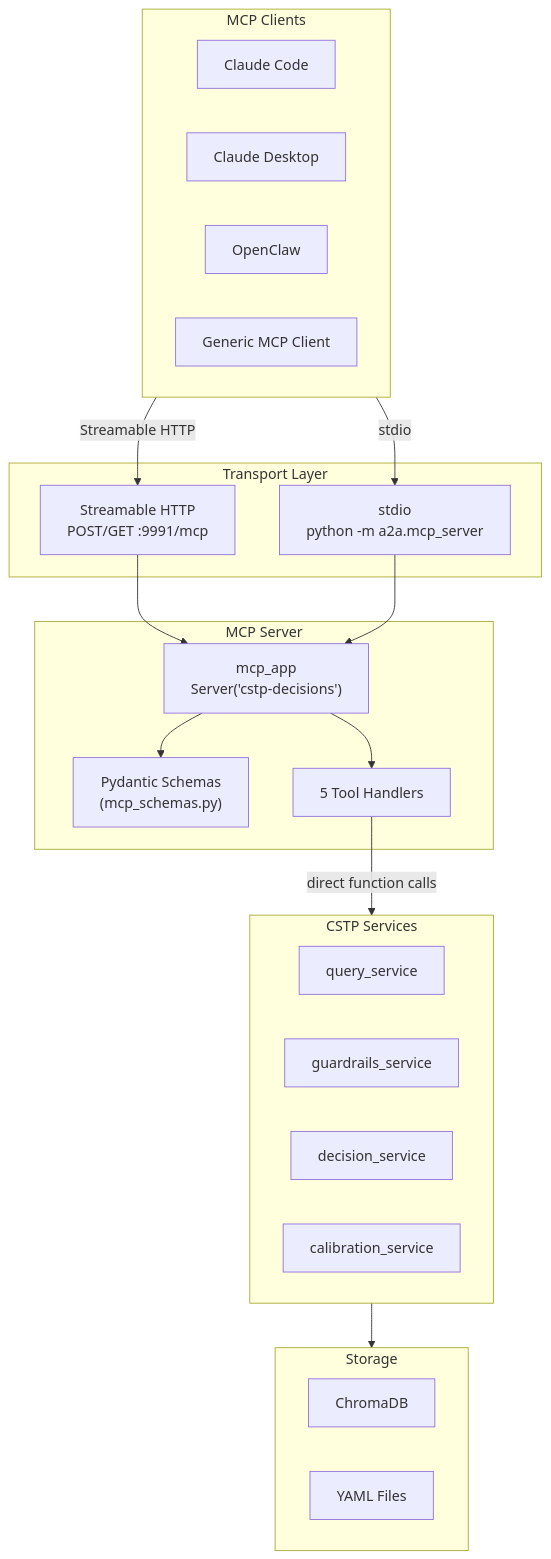
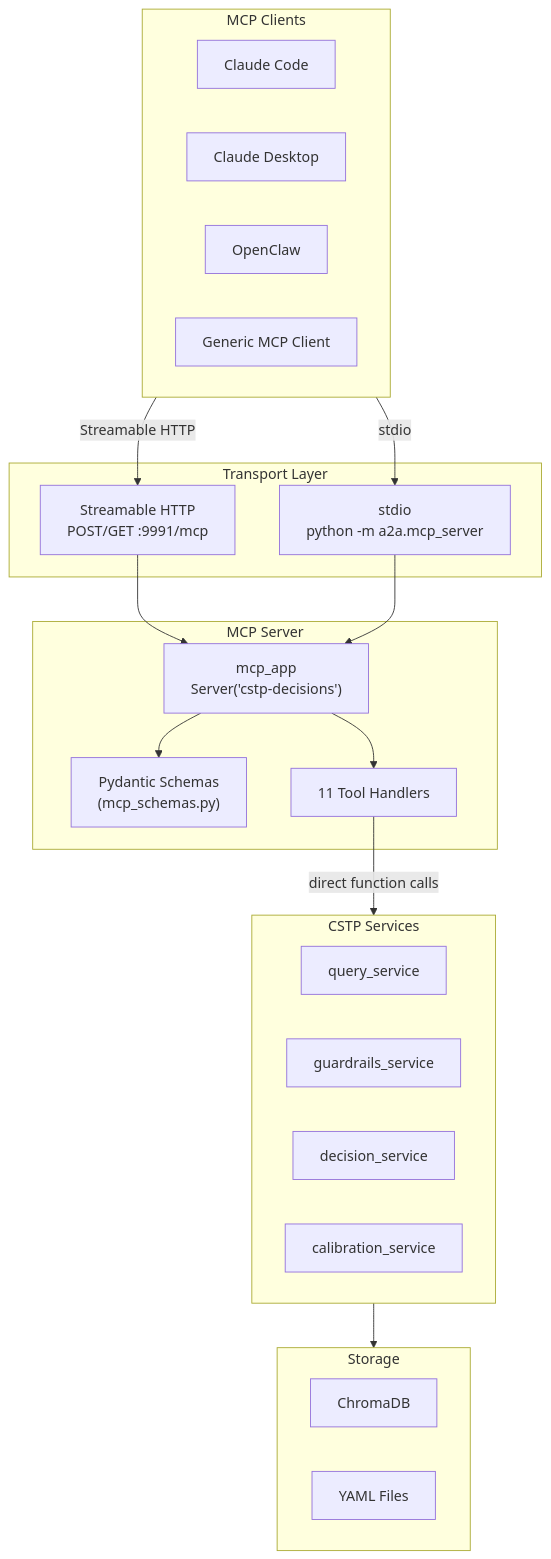
The diagram in website/reference/mcp-quickstart.md (tfatykhov/cognition-agent-decisions), drawn with Mermaid before and after one commit. The commit also changed other lines of this file and 2 other files, not shown here.

````diff
--- a/website/reference/mcp-quickstart.md
+++ b/website/reference/mcp-quickstart.md
@@ -14,41 +14,41 @@
 ```mermaid
 graph TB
     subgraph Clients["MCP Clients"]
         CC["Claude Code"]
         CD["Claude Desktop"]
         OC["OpenClaw"]
         GEN["Generic MCP Client"]
     end
 
     subgraph Transport["Transport Layer"]
         HTTP["Streamable HTTP<br/>POST/GET :9991/mcp"]
         STDIO["stdio<br/>python -m a2a.mcp_server"]
     end
 
     subgraph MCP["MCP Server"]
         APP["mcp_app<br/>Server('cstp-decisions')"]
         SCHEMAS["Pydantic Schemas<br/>(mcp_schemas.py)"]
-        TOOLS["5 Tool Handlers"]
+        TOOLS["11 Tool Handlers"]
     end
 
     subgraph Services["CSTP Services"]
         QS["query_service"]
         GS["guardrails_service"]
         DS["decision_service"]
         CS["calibration_service"]
     end
 
     subgraph Storage["Storage"]
         CHROMA["ChromaDB"]
         YAML["YAML Files"]
     end
 
     Clients -->|"Streamable HTTP"| HTTP
     Clients -->|"stdio"| STDIO
     HTTP --> APP
     STDIO --> APP
     APP --> SCHEMAS
     APP --> TOOLS
     TOOLS -->|"direct function calls"| Services
     Services --> Storage
 ```
````
